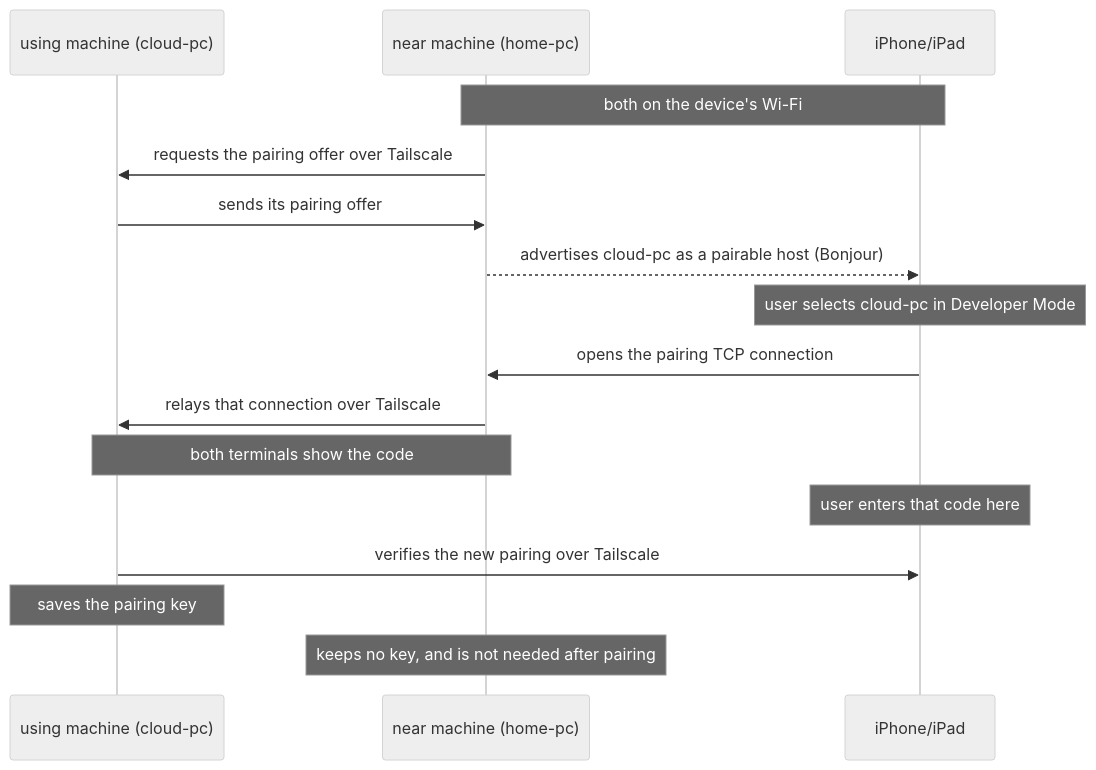
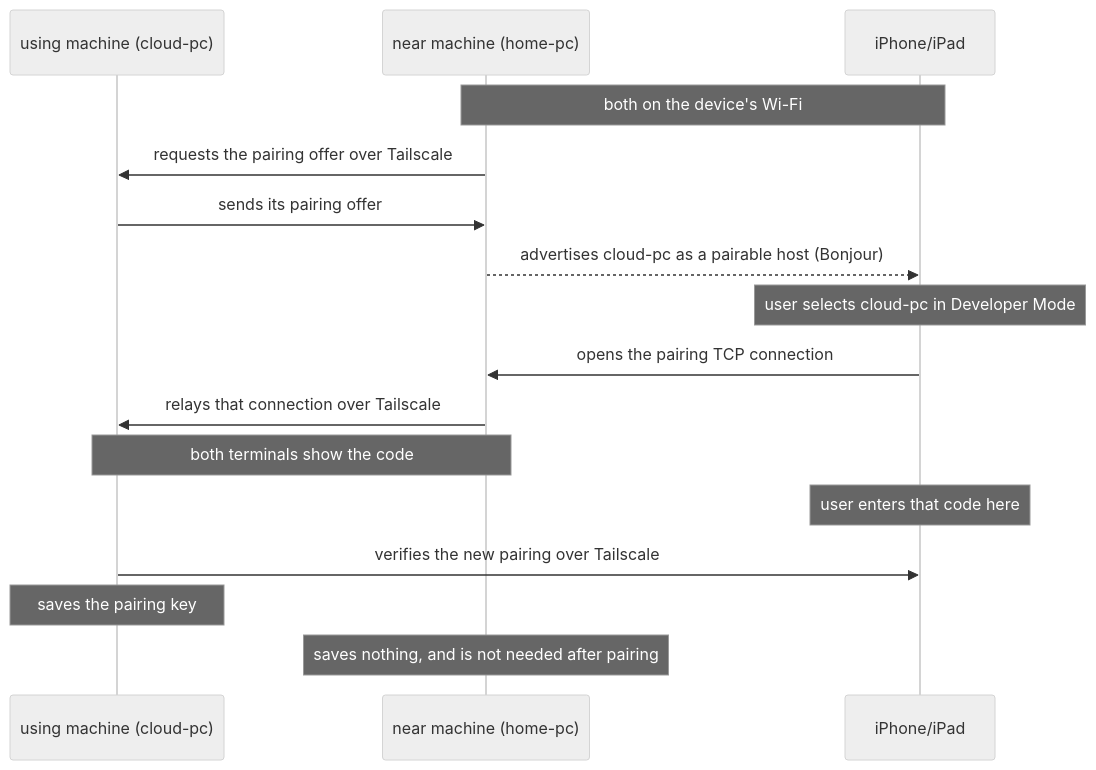
One commit to mh-mobile/RoamRun changed the second of 3 diagrams in Rust/roamrunctl/README.md. Above: the diagram before and after it, drawn with Mermaid (neutral theme). The commit also changed other lines of this file and 50 other files, not shown here.

````diff
--- a/Rust/roamrunctl/README.md
+++ b/Rust/roamrunctl/README.md
@@ -156,18 +158,18 @@
 ```mermaid
 sequenceDiagram
   participant U as using machine (cloud-pc)
   participant N as near machine (home-pc)
   participant D as iPhone/iPad
   Note over N,D: both on the device's Wi-Fi
   N->>U: requests the pairing offer over Tailscale
   U->>N: sends its pairing offer
   N-->>D: advertises cloud-pc as a pairable host (Bonjour)
   Note over D: user selects cloud-pc in Developer Mode
   D->>N: opens the pairing TCP connection
   N->>U: relays that connection over Tailscale
   Note over U,N: both terminals show the code
   Note over D: user enters that code here
   U->>D: verifies the new pairing over Tailscale
   Note over U: saves the pairing key
-  Note over N: keeps no key, and is not needed after pairing
+  Note over N: saves nothing, and is not needed after pairing
 ```
````
